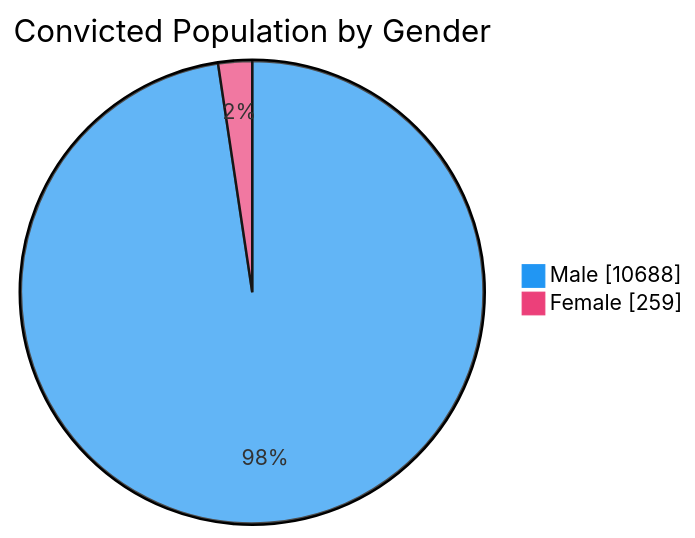
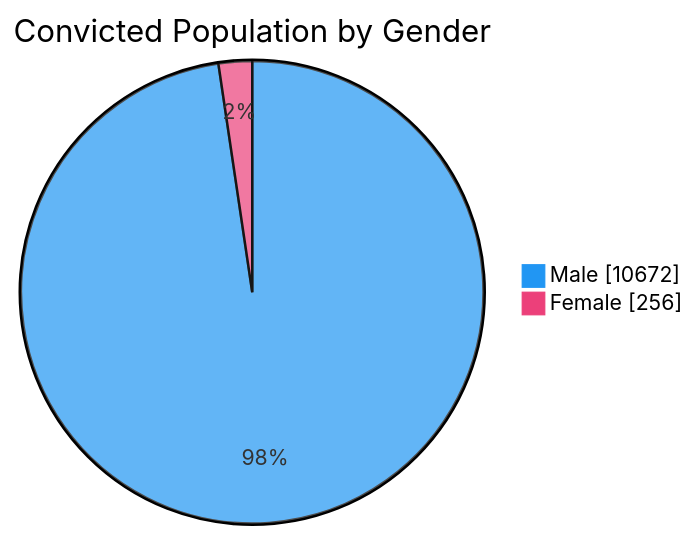
The third of 7 diagrams in README.md (nuuuwan/lk_prisons), drawn with Mermaid before and after one commit. The commit also changed other lines of this file and 1 other file, not shown here.

````diff
--- a/README.md
+++ b/README.md
@@ -65,6 +65,6 @@
 ```mermaid
 %%{init: {'themeVariables': {'pie1': '#2196F3', 'pie2': '#EC407A'}}}%%
 pie showData title Convicted Population by Gender
-    "Male" : 10688
-    "Female" : 259
+    "Male" : 10672
+    "Female" : 256
 ```
````
